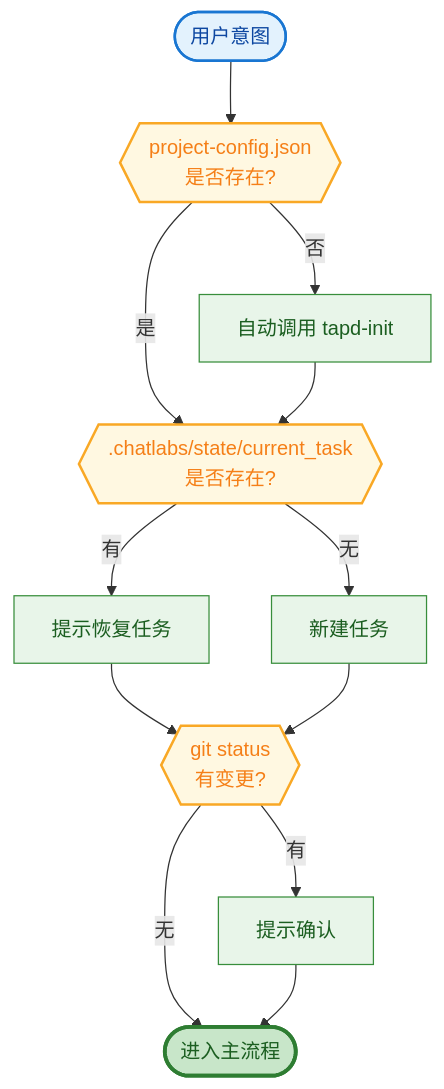
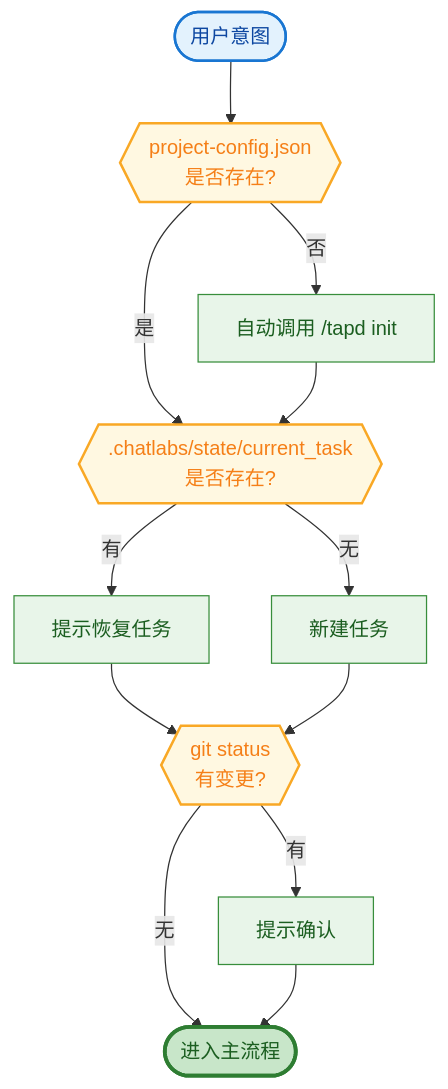
The second of 14 diagrams in README.md (dd-xiaozhi/dev-agent-flow), drawn with Mermaid before and after one commit. The commit also changed other lines of this file and 2 other files, not shown here.

````diff
--- a/README.md
+++ b/README.md
@@ -104,24 +108,24 @@
 ```mermaid
 flowchart TD
     A([用户意图]) --> B{{"project-config.json<br/>是否存在?"}}
-    B -->|否| B1[自动调用 tapd-init]
+    B -->|否| B1[自动调用 /tapd init]
     B -->|是| C{{".chatlabs/state/current_task<br/>是否存在?"}}
     B1 --> C
     C -->|有| C1[提示恢复任务]
     C -->|无| C2[新建任务]
     C1 --> D
     C2 --> D{{"git status<br/>有变更?"}}
     D -->|有| D1[提示确认]
     D -->|无| E([进入主流程])
     D1 --> E
 
     classDef entry fill:#e3f2fd,stroke:#1976d2,stroke-width:2px,color:#0d47a1
     classDef decision fill:#fff8e1,stroke:#f9a825,stroke-width:2px,color:#f57f17
     classDef action fill:#e8f5e9,stroke:#388e3c,stroke-width:1px,color:#1b5e20
     classDef done fill:#c8e6c9,stroke:#2e7d32,stroke-width:3px,color:#1b5e20
 
     class A entry
     class B,C,D decision
     class B1,C1,C2,D1 action
     class E done
 ```
````
